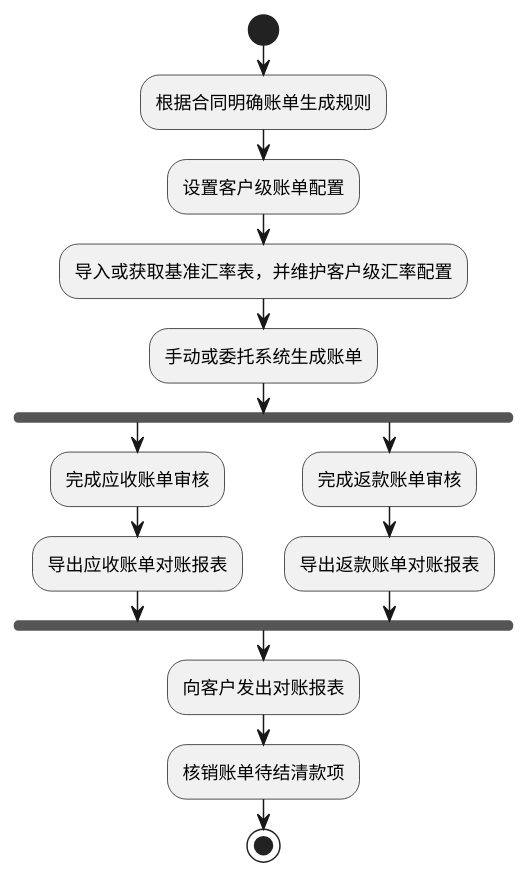
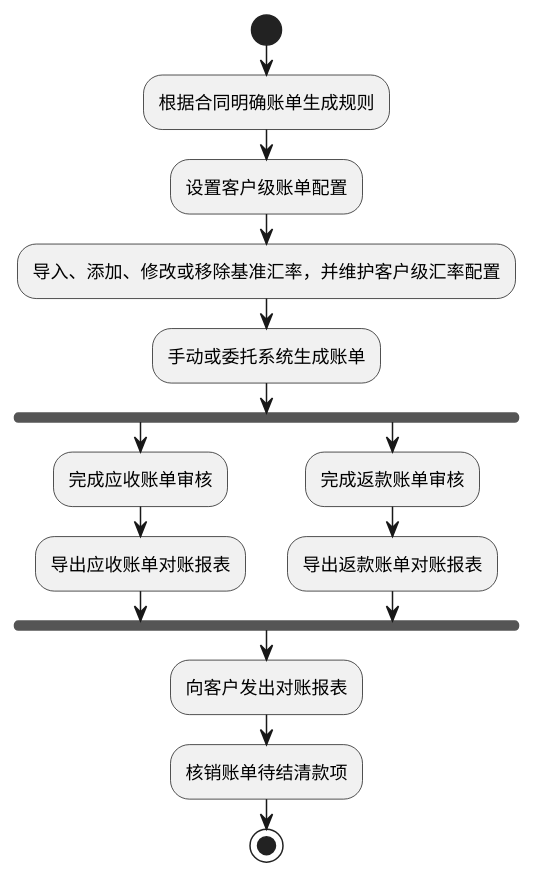
One commit to jack888332/projects-doc changed the first of 14 diagrams in product-caliber/bms/prd/财务系统.PRD.md. Above: the diagram before and after it, drawn with PlantUML. The commit also changed other lines of this file and 1 other file, not shown here.

````diff
--- a/product-caliber/bms/prd/财务系统.PRD.md
+++ b/product-caliber/bms/prd/财务系统.PRD.md
@@ -152,19 +152,19 @@
 ```plantuml
 @startuml
 start
 :根据合同明确账单生成规则;
 :设置客户级账单配置;
-:导入或获取基准汇率表，并维护客户级汇率配置;
+:导入、添加、修改或移除基准汇率，并维护客户级汇率配置;
 :手动或委托系统生成账单;
 fork
   :完成应收账单审核;
   :导出应收账单对账报表;
 fork again
   :完成返款账单审核;
   :导出返款账单对账报表;
 end fork
 :向客户发出对账报表;
 :核销账单待结清款项;
 stop
 @enduml
 ```
````
